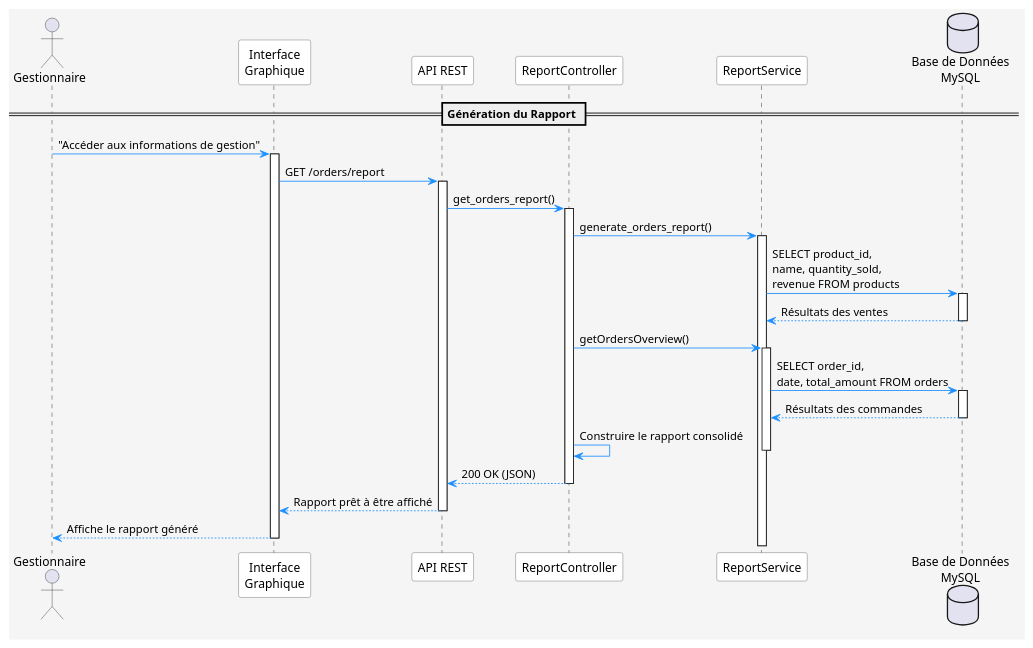
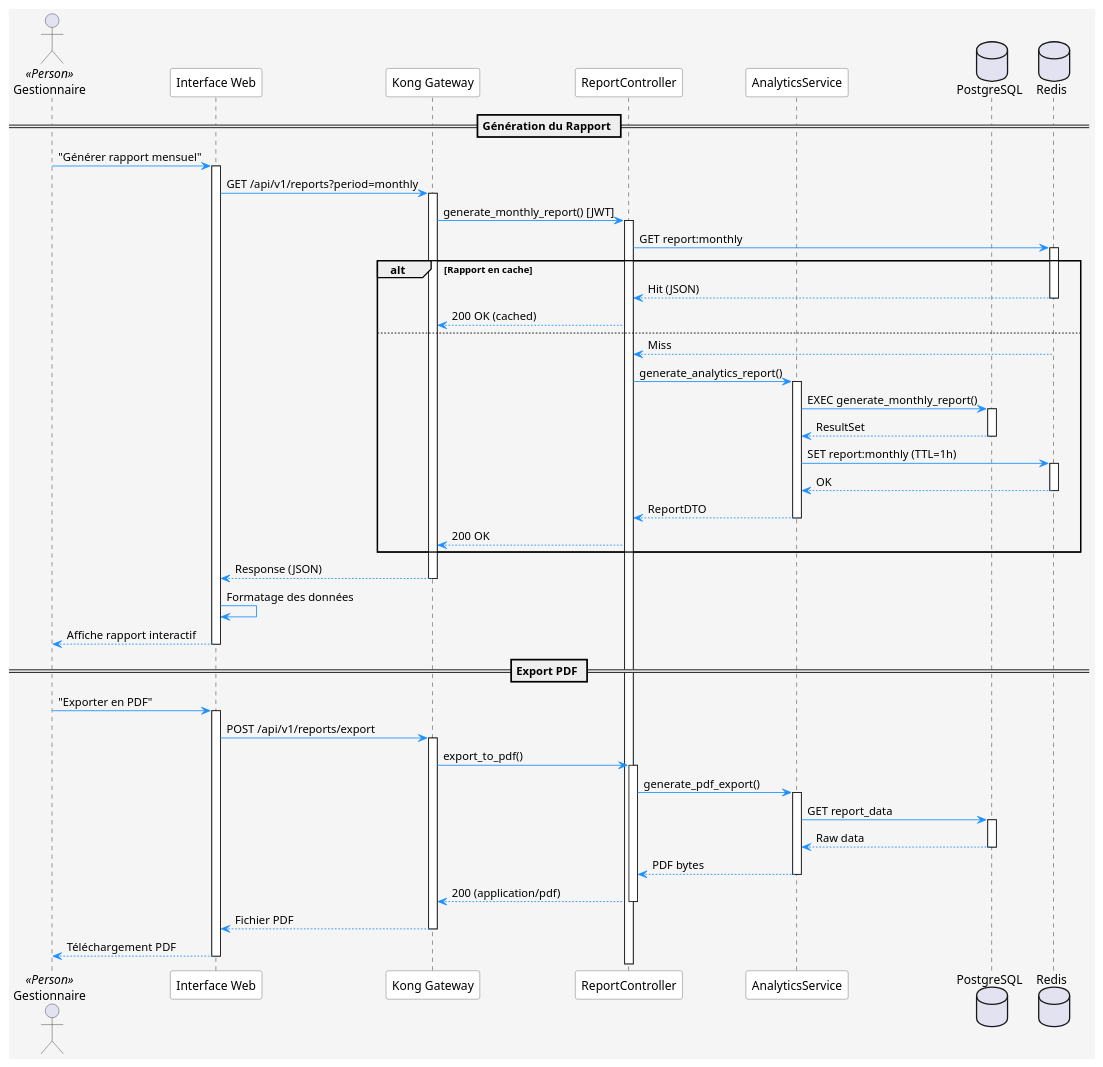
The diagram in documentation/UML/Processus/SequenceSeeStats.puml (ErwanDerrien/GestionnaireMagasin), drawn with PlantUML before and after one commit. The commit also changed 14 other files, not shown here.

Commit message:
Updated report for etape 2, missing analysing of test data

```diff
--- a/documentation/UML/Processus/SequenceSeeStats.puml
+++ b/documentation/UML/Processus/SequenceSeeStats.puml
@@ -1,58 +1,92 @@
 @startuml UC1 et UC3 - Génération et visualistion de rapport
 
-' === Personnalisation visuelle ===
 skinparam {
     BackgroundColor #F5F5F5
     ActorBorderColor #333
     ParticipantBackgroundColor #FFFFFF
     ParticipantBorderColor #666
     ArrowColor #1E90FF
+    SequenceMessageAlign reverse
 }
 
-actor "Gestionnaire" as ge
-participant "Interface\nGraphique" as ui
-participant "API REST" as api
+actor "Gestionnaire" as gestionnaire <<Person>>
+participant "Interface Web" as dashboard
+participant "Kong Gateway" as kong
 participant "ReportController" as controller
-participant "ReportService" as service
-database "Base de Données\nMySQL" as db
+participant "AnalyticsService" as service
+database "PostgreSQL" as db
+database "Redis" as cache
 
 == Génération du Rapport ==
 
-ge -> ui : "Accéder aux informations de gestion"
-activate ui
+gestionnaire -> dashboard : "Générer rapport mensuel"
+activate dashboard
+dashboard -> kong : GET /api/v1/reports?period=monthly
+activate kong
 
-ui -> api : GET /orders/report
-activate api
-
-api -> controller : get_orders_report()
+kong -> controller : generate_monthly_report() [JWT]
 activate controller
 
-controller -> service : generate_orders_report()
+controller -> cache : GET report:monthly
+activate cache
+
+alt Rapport en cache
+    cache --> controller : Hit (JSON)
+    deactivate cache
+    controller --> kong : 200 OK (cached)
+else
+    cache --> controller : Miss
+    deactivate cache
+    controller -> service : generate_analytics_report()
+    activate service
+
+    service -> db : EXEC generate_monthly_report()
+    activate db
+    db --> service : ResultSet
+    deactivate db
+
+    service -> cache : SET report:monthly (TTL=1h)
+    activate cache
+    cache --> service : OK
+    deactivate cache
+
+    service --> controller : ReportDTO
+    deactivate service
+    controller --> kong : 200 OK
+end
+
+kong --> dashboard : Response (JSON)
+deactivate kong
+
+dashboard -> dashboard : Formatage des données
+dashboard --> gestionnaire : Affiche rapport interactif
+deactivate dashboard
+
+== Export PDF ==
+
+gestionnaire -> dashboard : "Exporter en PDF"
+activate dashboard
+dashboard -> kong : POST /api/v1/reports/export
+activate kong
+
+kong -> controller : export_to_pdf()
+activate controller
+controller -> service : generate_pdf_export()
 activate service
 
-service -> db : SELECT product_id,\nname, quantity_sold,\nrevenue FROM products
+service -> db : GET report_data
 activate db
-db --> service : Résultats des ventes
+db --> service : Raw data
 deactivate db
 
-controller -> service : getOrdersOverview()
-activate service
-
-service -> db : SELECT order_id,\ndate, total_amount FROM orders
-activate db
-db --> service : Résultats des commandes
-deactivate db
-
-controller -> controller : Construire le rapport consolidé
+service --> controller : PDF bytes
 deactivate service
-
-controller --> api : 200 OK (JSON)
+controller --> kong : 200 (application/pdf)
 deactivate controller
 
-api --> ui : Rapport prêt à être affiché
-deactivate api
-
-ui --> ge : Affiche le rapport généré
-deactivate ui
+kong --> dashboard : Fichier PDF
+deactivate kong
+dashboard --> gestionnaire : Téléchargement PDF
+deactivate dashboard
 
 @enduml
```
